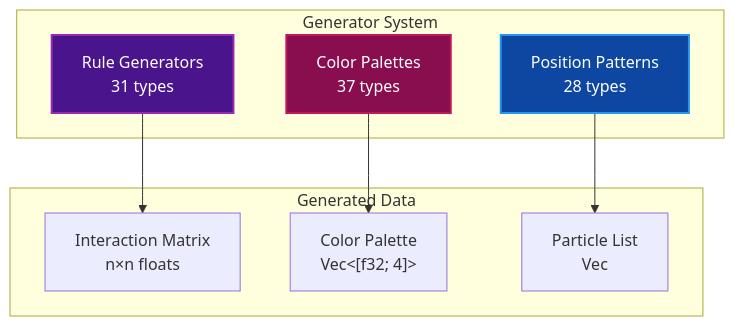
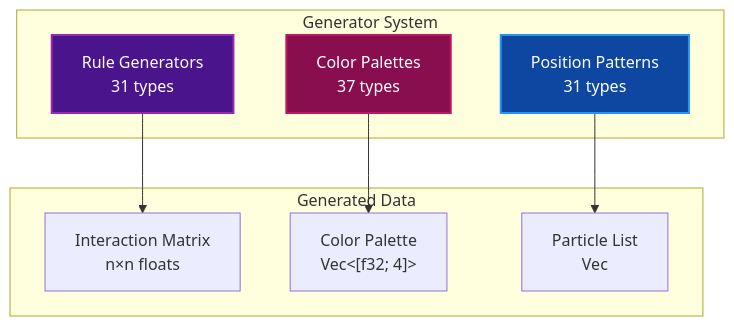
Before and after one commit to paulrobello/par-particle-life: the first of 2 diagrams in docs/GENERATORS.md, drawn with Mermaid. The commit also changed other lines of this file and 30 other files, not shown here.

````diff
--- a/docs/GENERATORS.md
+++ b/docs/GENERATORS.md
@@ -17,22 +17,22 @@
 ```mermaid
 graph TB
     subgraph Generators["Generator System"]
         Rules[Rule Generators<br/>31 types]
         Colors[Color Palettes<br/>37 types]
-        Positions[Position Patterns<br/>28 types]
+        Positions[Position Patterns<br/>31 types]
     end
 
     subgraph Output["Generated Data"]
         Matrix[Interaction Matrix<br/>n×n floats]
         Palette["Color Palette<br/>Vec<[f32; 4]>"]
         Particles["Particle List<br/>Vec<Particle>"]
     end
 
     Rules --> Matrix
     Colors --> Palette
     Positions --> Particles
 
     style Rules fill:#4a148c,stroke:#9c27b0,stroke-width:2px,color:#ffffff
     style Colors fill:#880e4f,stroke:#c2185b,stroke-width:2px,color:#ffffff
     style Positions fill:#0d47a1,stroke:#2196f3,stroke-width:2px,color:#ffffff
 ```
````
